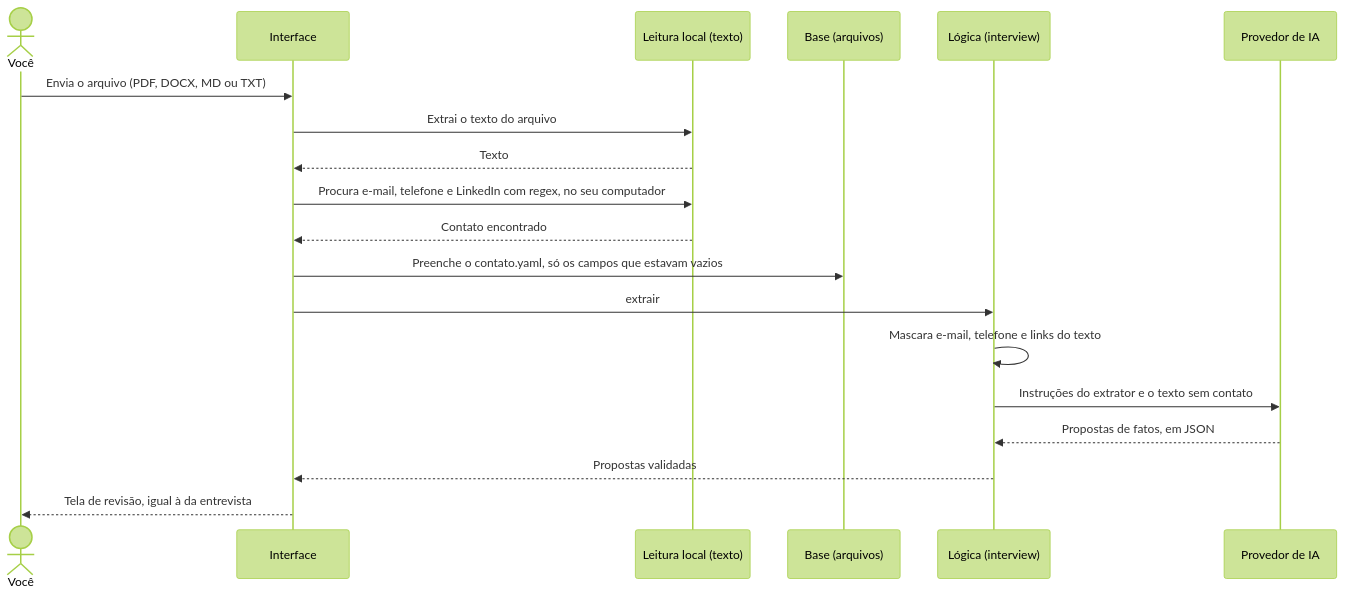
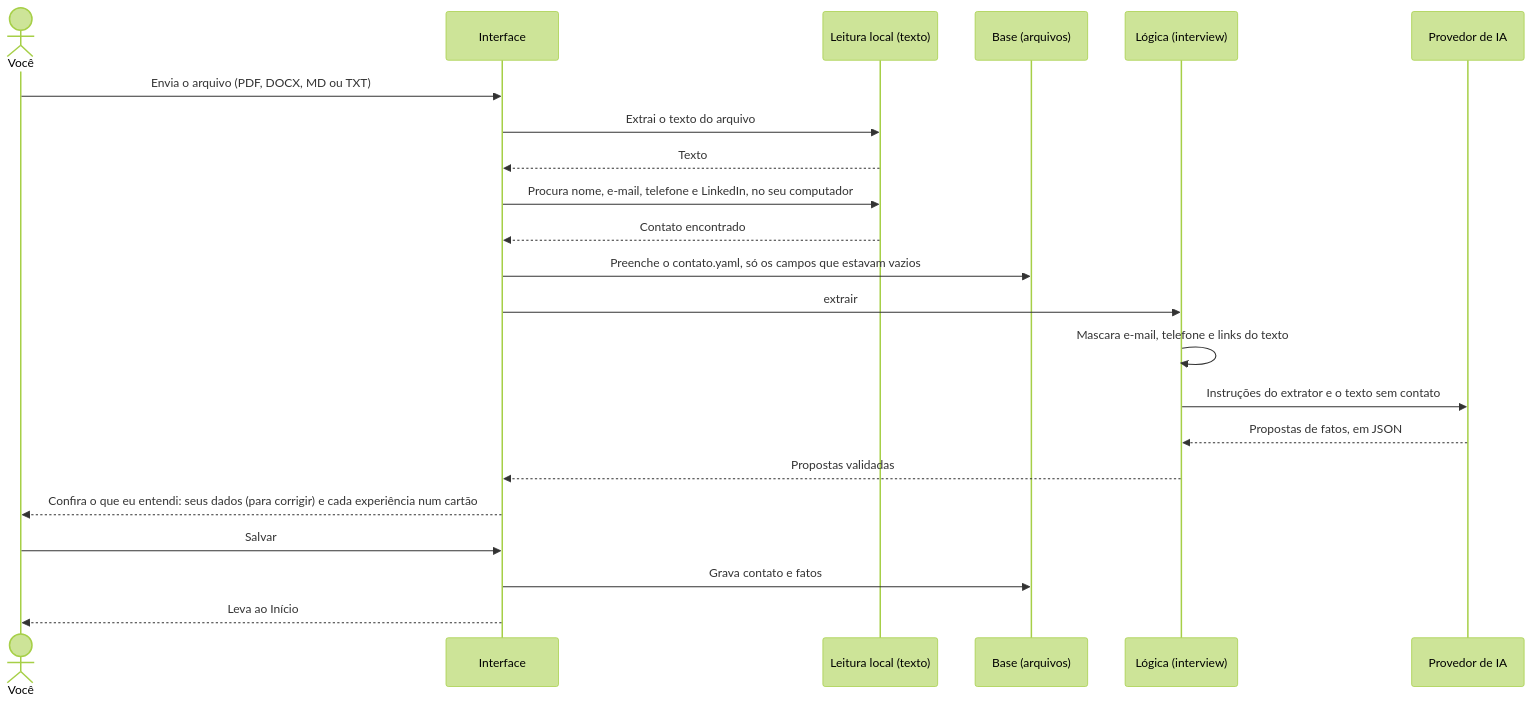
Before and after one commit to feeslopes/assistente_curriculo: the sixth of 10 diagrams in README.md, drawn with Mermaid (forest theme). The commit also changed other lines of this file and 1 other file, not shown here.

First line of the commit message:
Atualiza diagramas e documentação para a interface atual

````diff
--- a/README.md
+++ b/README.md
@@ -382,22 +389,25 @@
 ```mermaid
 sequenceDiagram
   actor V as Você
   participant UI as Interface
   participant T as Leitura local (texto)
   participant K as Base (arquivos)
   participant L as Lógica (interview)
   participant IA as Provedor de IA
 
   V->>UI: Envia o arquivo (PDF, DOCX, MD ou TXT)
   UI->>T: Extrai o texto do arquivo
   T-->>UI: Texto
-  UI->>T: Procura e-mail, telefone e LinkedIn com regex, no seu computador
+  UI->>T: Procura nome, e-mail, telefone e LinkedIn, no seu computador
   T-->>UI: Contato encontrado
   UI->>K: Preenche o contato.yaml, só os campos que estavam vazios
   UI->>L: extrair
   L->>L: Mascara e-mail, telefone e links do texto
   L->>IA: Instruções do extrator e o texto sem contato
   IA-->>L: Propostas de fatos, em JSON
   L-->>UI: Propostas validadas
-  UI-->>V: Tela de revisão, igual à da entrevista
+  UI-->>V: Confira o que eu entendi: seus dados (para corrigir) e cada experiência num cartão
+  V->>UI: Salvar
+  UI->>K: Grava contato e fatos
+  UI-->>V: Leva ao Início
 ```
````
